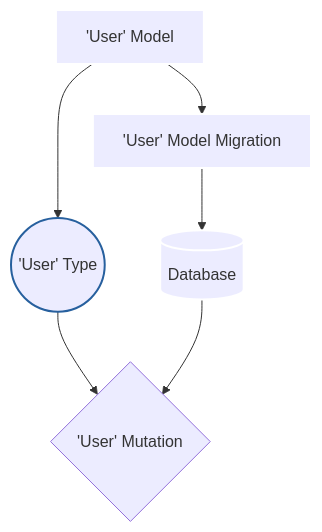
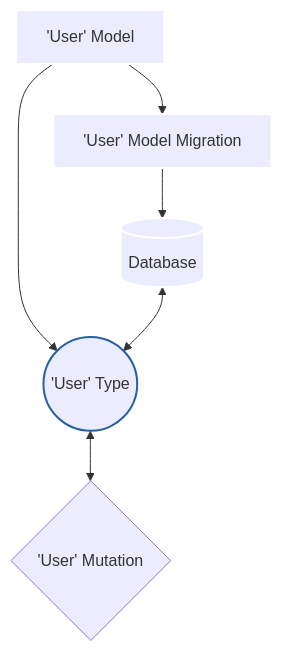
The diagram in pages/user-mutation.md (CRBroughton/v3-presentation), drawn with Mermaid before and after one commit. The commit also changed 6 other files, not shown here.

````diff
--- a/pages/user-mutation.md
+++ b/pages/user-mutation.md
@@ -27,17 +27,17 @@
 ```mermaid {scale: 0.7}
 graph TB
 MU['User' Model]
 MU --> UT
 MU --> MM
 MM['User' Model Migration]
 MM --> DB
 UT(('User' Type))
-UT --> UM
+UT <--> UM
 UM{'User' Mutation}
 DB[(Database)]
-DB --> UM
+DB <--> UT
 style MU stroke:#fff;,stroke-width:2px
 style MM stroke:#fff;,stroke-width:2px
 style DB stroke:#fff;,stroke-width:2px
 style UT stroke:#27609e;,stroke-width:2px
 ```
````
